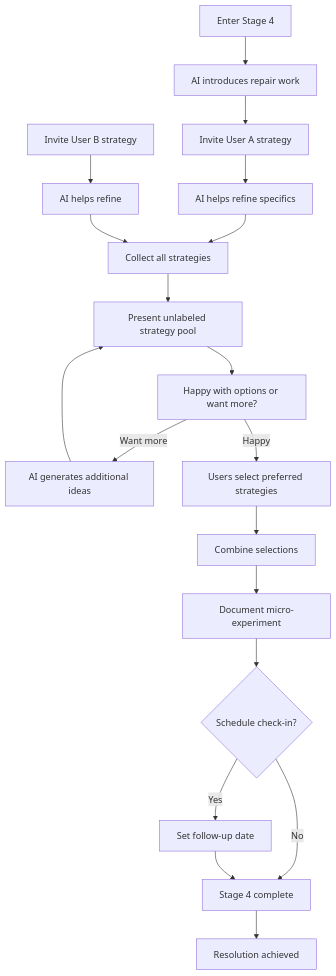
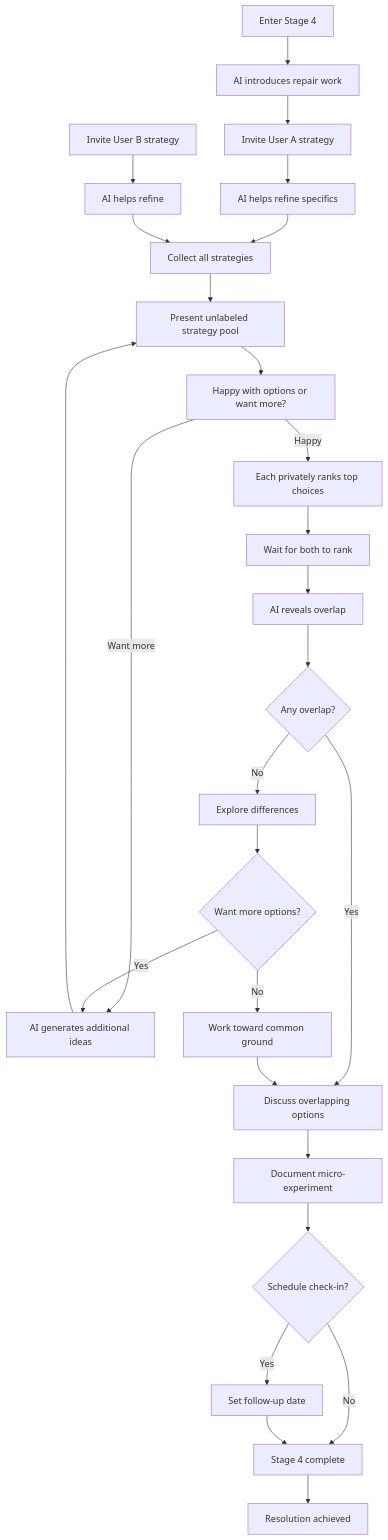
One commit to shantamg/meet-without-fear changed the first of 7 diagrams in docs/mvp-planning/plans/stages/stage-4-strategic-repair.md. Above: the diagram before and after it, drawn with Mermaid. The commit also changed other lines of this file and 2 other files, not shown here.

First line of the commit message:
Redesign Stage 2/4 flows and demos for open-ended interaction

````diff
--- a/docs/mvp-planning/plans/stages/stage-4-strategic-repair.md
+++ b/docs/mvp-planning/plans/stages/stage-4-strategic-repair.md
@@ -37,28 +41,38 @@
 ```mermaid
 flowchart TD
     Enter[Enter Stage 4] --> Intro[AI introduces repair work]
     Intro --> InviteA[Invite User A strategy]
     InviteA --> RefineA[AI helps refine specifics]
 
     InviteB[Invite User B strategy] --> RefineB[AI helps refine]
 
     RefineA --> Collect[Collect all strategies]
     RefineB --> Collect
 
     Collect --> Present[Present unlabeled strategy pool]
     Present --> Question[Happy with options or want more?]
 
     Question -->|Want more| Generate[AI generates additional ideas]
     Generate --> Present
 
-    Question -->|Happy| Select[Users select preferred strategies]
-    Select --> Combine[Combine selections]
-    Combine --> Document[Document micro-experiment]
+    Question -->|Happy| PrivateRank[Each privately ranks top choices]
+    PrivateRank --> WaitBoth[Wait for both to rank]
+    WaitBoth --> Reveal[AI reveals overlap]
+    Reveal --> Overlap{Any overlap?}
+
+    Overlap -->|Yes| Discuss[Discuss overlapping options]
+    Overlap -->|No| Explore[Explore differences]
+    Explore --> MoreOptions{Want more options?}
+    MoreOptions -->|Yes| Generate
+    MoreOptions -->|No| Negotiate[Work toward common ground]
+    Negotiate --> Discuss
+
+    Discuss --> Document[Document micro-experiment]
 
     Document --> FollowUp{Schedule check-in?}
     FollowUp -->|Yes| Schedule[Set follow-up date]
     FollowUp -->|No| Complete[Stage 4 complete]
     Schedule --> Complete
 
     Complete --> Resolution[Resolution achieved]
 ```
````
